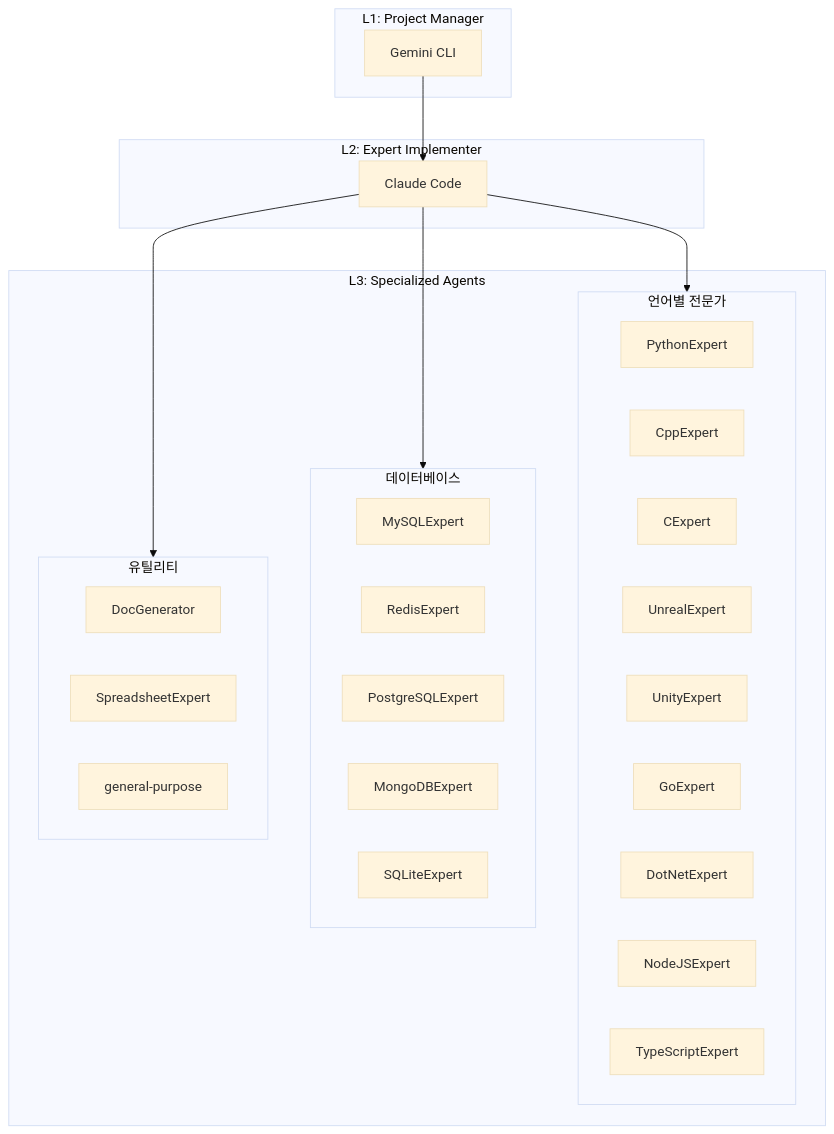
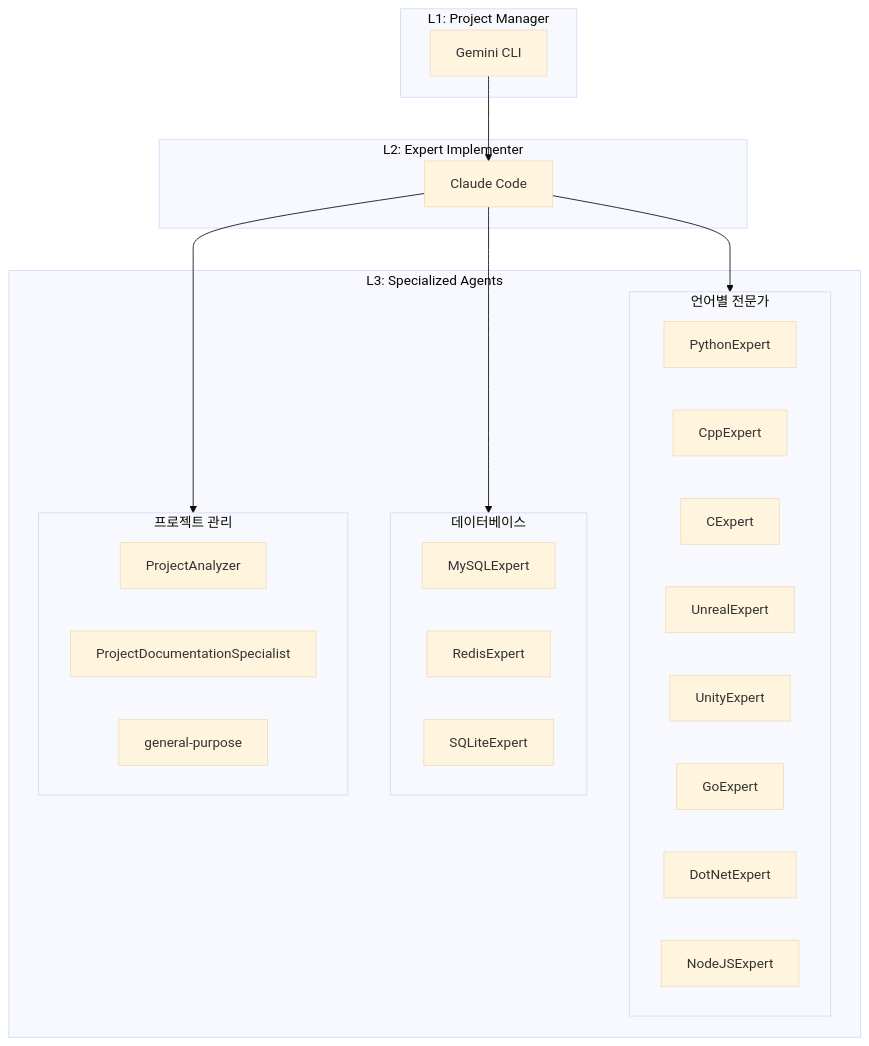
Before and after one commit to BestDev/claude-gemini-collaboration: the third of 3 diagrams in README.md, drawn with Mermaid (base theme). The commit also changed other lines of this file and 25 other files, not shown here.

````diff
--- a/README.md
+++ b/README.md
@@ -163,43 +163,40 @@
 ```mermaid
 graph TB
     subgraph L1 ["L1: Project Manager"]
         GM[Gemini CLI]
     end
     
     subgraph L2 ["L2: Expert Implementer"]
         CL[Claude Code]
     end
     
     subgraph L3 ["L3: Specialized Agents"]
         subgraph Lang ["언어별 전문가"]
             PY[PythonExpert]
             CPP[CppExpert]
             C[CExpert]
             UE[UnrealExpert]
             UN[UnityExpert]
             GO[GoExpert]
             DOT[DotNetExpert]
             NODE[NodeJSExpert]
-            TS[TypeScriptExpert]
         end
         
         subgraph DB ["데이터베이스"]
             MY[MySQLExpert]
             RD[RedisExpert]
-            PG[PostgreSQLExpert]
-            MG[MongoDBExpert]
             SQ[SQLiteExpert]
         end
         
-        subgraph Utils ["유틸리티"]
-            DOC[DocGenerator]
-            SP[SpreadsheetExpert]
+        subgraph Project ["프로젝트 관리"]
+            PA[ProjectAnalyzer]
+            PDS[ProjectDocumentationSpecialist]
             GP[general-purpose]
         end
     end
     
     GM --> CL
     CL --> Lang
     CL --> DB
-    CL --> Utils
+    CL --> Project
 ```
````
